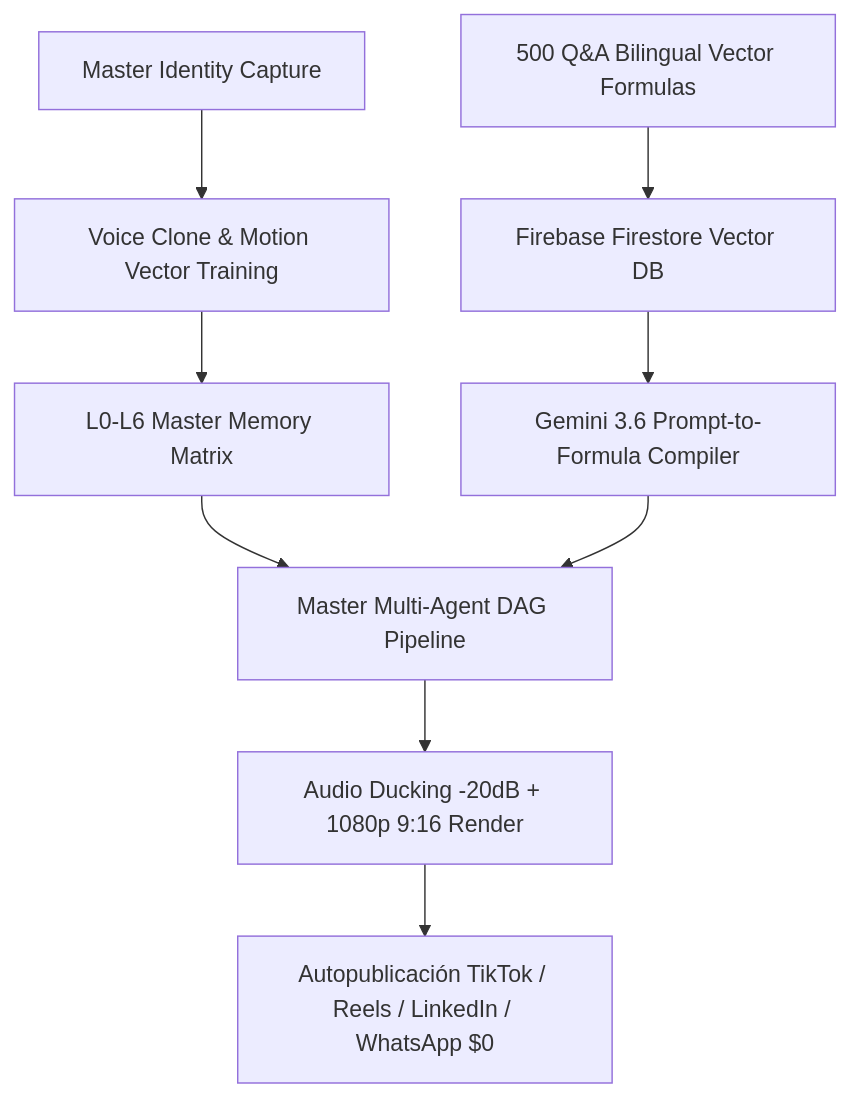
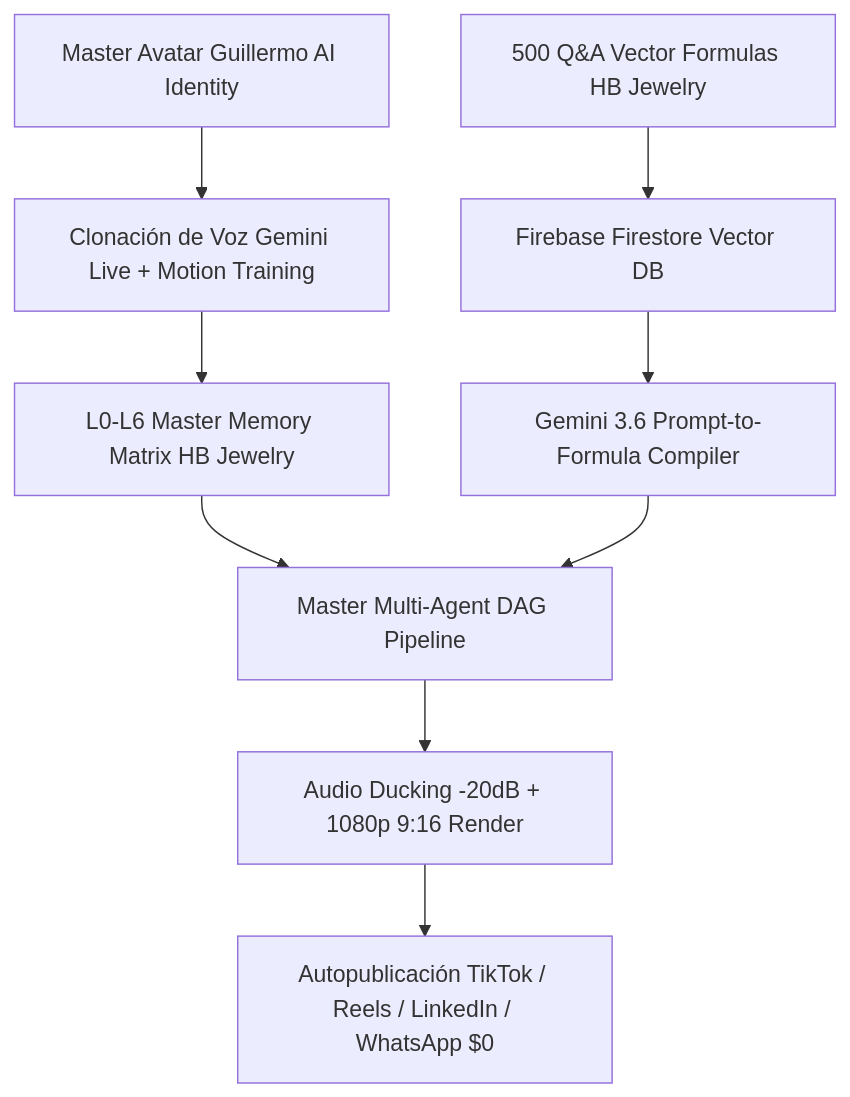
The diagram in ENTERPRISE_DIGITAL_HUMAN_FACTORY_2026.md (ipanemausa/openclaw-operativo-2026), drawn with Mermaid before and after one commit. The commit also changed other lines of this file and 2 other files, not shown here.

Commit message:
backup: Auto-sync master pipeline closure [2026-07-23 15:57:16]

````diff
--- a/ENTERPRISE_DIGITAL_HUMAN_FACTORY_2026.md
+++ b/ENTERPRISE_DIGITAL_HUMAN_FACTORY_2026.md
@@ -16,14 +17,14 @@
 ```mermaid
 graph TD
-    A[Master Identity Capture] --> B[Voice Clone & Motion Vector Training]
-    B --> C[L0-L6 Master Memory Matrix]
+    A[Master Avatar Guillermo AI Identity] --> B[Clonación de Voz Gemini Live + Motion Training]
+    B --> C[L0-L6 Master Memory Matrix HB Jewelry]
     
-    D[500 Q&A Bilingual Vector Formulas] --> E[Firebase Firestore Vector DB]
+    D[500 Q&A Vector Formulas HB Jewelry] --> E[Firebase Firestore Vector DB]
     E --> F[Gemini 3.6 Prompt-to-Formula Compiler]
     
     C --> G[Master Multi-Agent DAG Pipeline]
     F --> G
     
     G --> H[Audio Ducking -20dB + 1080p 9:16 Render]
     H --> I[Autopublicación TikTok / Reels / LinkedIn / WhatsApp $0]
 ```
````
